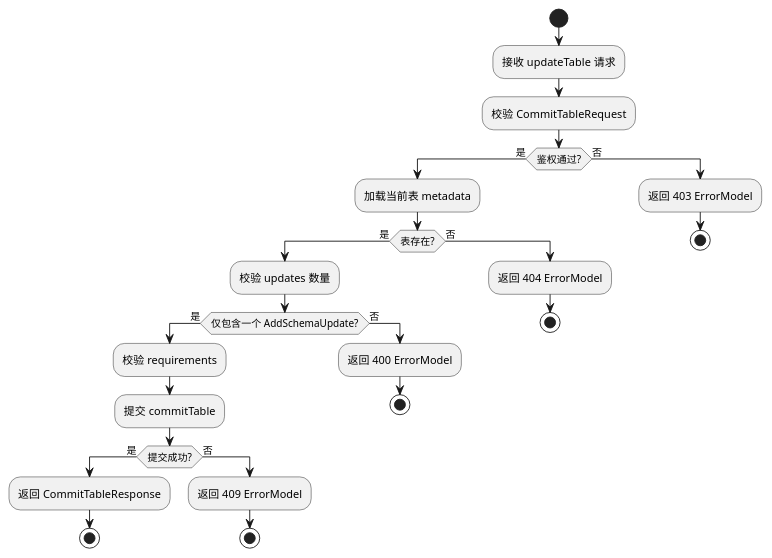
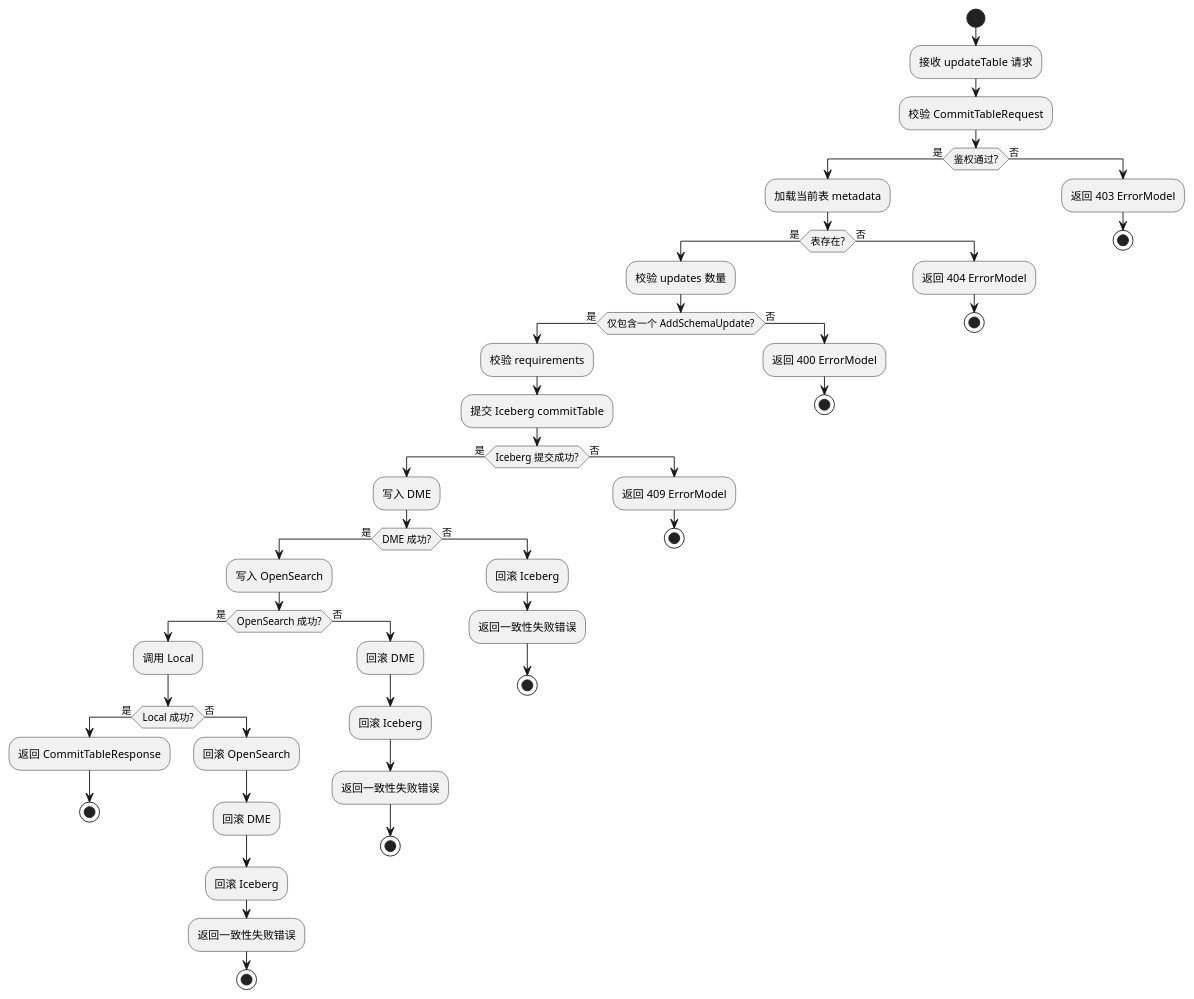
One commit to jingwang-0415/codex changed diagram 15 of 17 in Iceberg_Table接口能力_软件实现设计说明书.md. Above: the diagram before and after it, drawn with PlantUML. The commit also changed other lines of this file, not shown here.

Commit message:
Add saga-based consistency design to Iceberg table spec

````diff
--- a/Iceberg_Table接口能力_软件实现设计说明书.md
+++ b/Iceberg_Table接口能力_软件实现设计说明书.md
@@ -1049,33 +1309,57 @@
 ```plantuml
 @startuml
 start
 :接收 updateTable 请求;
 :校验 CommitTableRequest;
 if (鉴权通过?) then (是)
   :加载当前表 metadata;
   if (表存在?) then (是)
     :校验 updates 数量;
     if (仅包含一个 AddSchemaUpdate?) then (是)
       :校验 requirements;
-      :提交 commitTable;
-      if (提交成功?) then (是)
-        :返回 CommitTableResponse;
-        stop
+      :提交 Iceberg commitTable;
+      if (Iceberg 提交成功?) then (是)
+        :写入 DME;
+        if (DME 成功?) then (是)
+          :写入 OpenSearch;
+          if (OpenSearch 成功?) then (是)
+            :调用 Local;
+            if (Local 成功?) then (是)
+              :返回 CommitTableResponse;
+              stop
+            else (否)
+              :回滚 OpenSearch;
+              :回滚 DME;
+              :回滚 Iceberg;
+              :返回一致性失败错误;
+              stop
+            endif
+          else (否)
+            :回滚 DME;
+            :回滚 Iceberg;
+            :返回一致性失败错误;
+            stop
+          endif
+        else (否)
+          :回滚 Iceberg;
+          :返回一致性失败错误;
+          stop
+        endif
       else (否)
         :返回 409 ErrorModel;
         stop
       endif
     else (否)
       :返回 400 ErrorModel;
       stop
     endif
   else (否)
     :返回 404 ErrorModel;
     stop
   endif
 else (否)
   :返回 403 ErrorModel;
   stop
 endif
 @enduml
 ```
````
